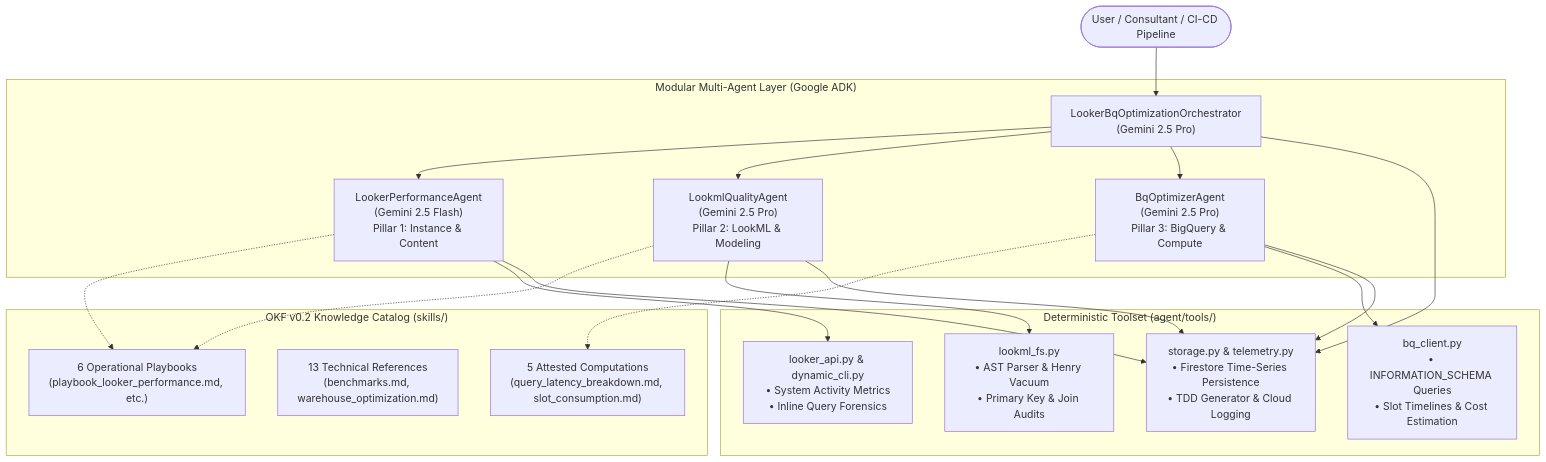
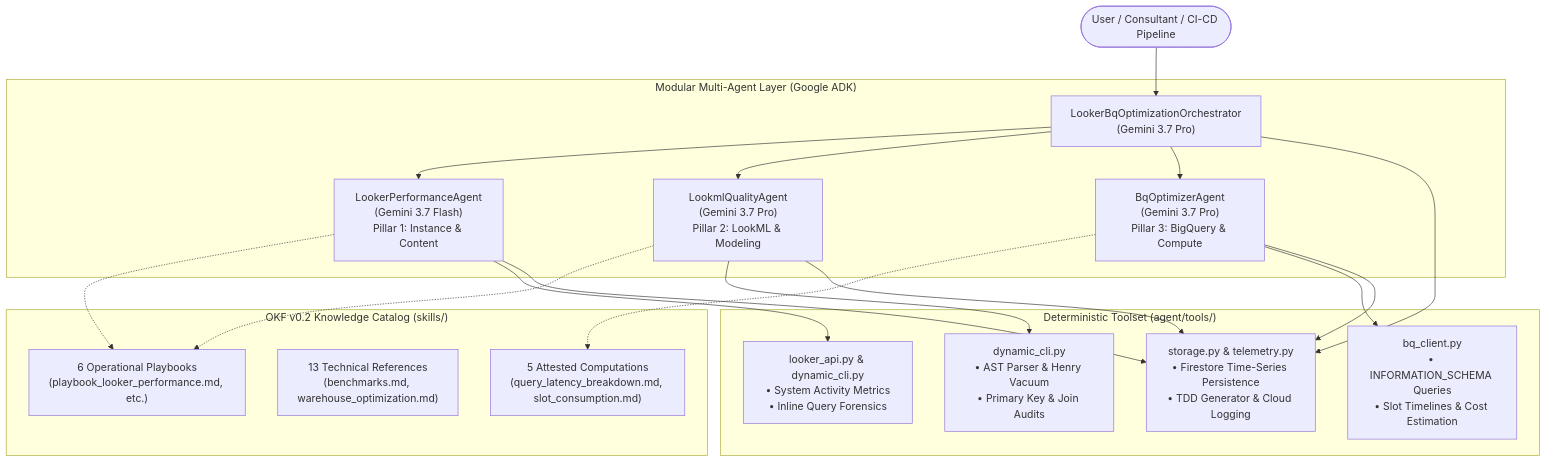
One commit to sam-pitcher/looker-healthcheck-skills changed the first of 2 diagrams in PRESENTATION_AND_ARCHITECTURE_DEEP_DIVE.md. Above: the diagram before and after it, drawn with Mermaid. The commit also changed other lines of this file and 5 other files, not shown here.

Commit message:
docs: purge all legacy references to lookml_fs and Gemini 2.5, update README and architecture docs with Gemini 3.7 and unified dynamic_cli primitives

````diff
--- a/PRESENTATION_AND_ARCHITECTURE_DEEP_DIVE.md
+++ b/PRESENTATION_AND_ARCHITECTURE_DEEP_DIVE.md
@@ -41,35 +41,35 @@
 ```mermaid
 graph TD
-    USER(["User / Consultant / CI-CD Pipeline"]) --> ROOT["LookerBqOptimizationOrchestrator<br/>(Gemini 2.5 Pro)"]
+    USER(["User / Consultant / CI-CD Pipeline"]) --> ROOT["LookerBqOptimizationOrchestrator<br/>(Gemini 3.7 Pro)"]
 
     subgraph Multi_Agent_Layer["Modular Multi-Agent Layer (Google ADK)"]
-        ROOT --> P1["LookerPerformanceAgent<br/>(Gemini 2.5 Flash)<br/>Pillar 1: Instance & Content"]
-        ROOT --> P2["LookmlQualityAgent<br/>(Gemini 2.5 Pro)<br/>Pillar 2: LookML & Modeling"]
-        ROOT --> P3["BqOptimizerAgent<br/>(Gemini 2.5 Pro)<br/>Pillar 3: BigQuery & Compute"]
+        ROOT --> P1["LookerPerformanceAgent<br/>(Gemini 3.7 Flash)<br/>Pillar 1: Instance & Content"]
+        ROOT --> P2["LookmlQualityAgent<br/>(Gemini 3.7 Pro)<br/>Pillar 2: LookML & Modeling"]
+        ROOT --> P3["BqOptimizerAgent<br/>(Gemini 3.7 Pro)<br/>Pillar 3: BigQuery & Compute"]
     end
 
     subgraph OKF_Knowledge_Layer["OKF v0.2 Knowledge Catalog (skills/)"]
         S1["6 Operational Playbooks<br/>(playbook_looker_performance.md, etc.)"]
         S2["13 Technical References<br/>(benchmarks.md, warehouse_optimization.md)"]
         S3["5 Attested Computations<br/>(query_latency_breakdown.md, slot_consumption.md)"]
     end
 
     subgraph Deterministic_Tools["Deterministic Toolset (agent/tools/)"]
         T1["looker_api.py & dynamic_cli.py<br/>• System Activity Metrics<br/>• Inline Query Forensics"]
-        T2["lookml_fs.py<br/>• AST Parser & Henry Vacuum<br/>• Primary Key & Join Audits"]
+        T2["dynamic_cli.py<br/>• AST Parser & Henry Vacuum<br/>• Primary Key & Join Audits"]
         T3["bq_client.py<br/>• INFORMATION_SCHEMA Queries<br/>• Slot Timelines & Cost Estimation"]
         T4["storage.py & telemetry.py<br/>• Firestore Time-Series Persistence<br/>• TDD Generator & Cloud Logging"]
     end
 
     P1 -.-> S1
     P2 -.-> S1
     P3 -.-> S3
 
     P1 --> T1
     P2 --> T2
     P3 --> T3
     ROOT --> T4
     P1 --> T4
     P2 --> T4
     P3 --> T4
 ```
````
